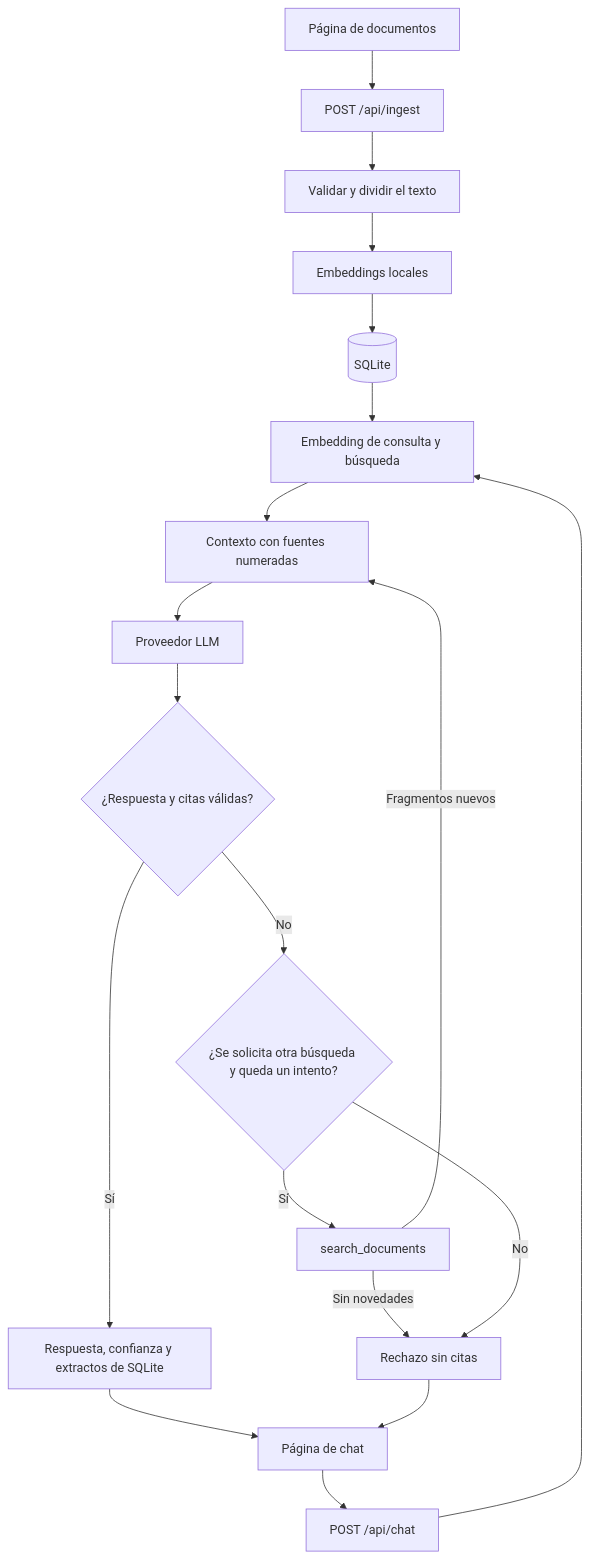
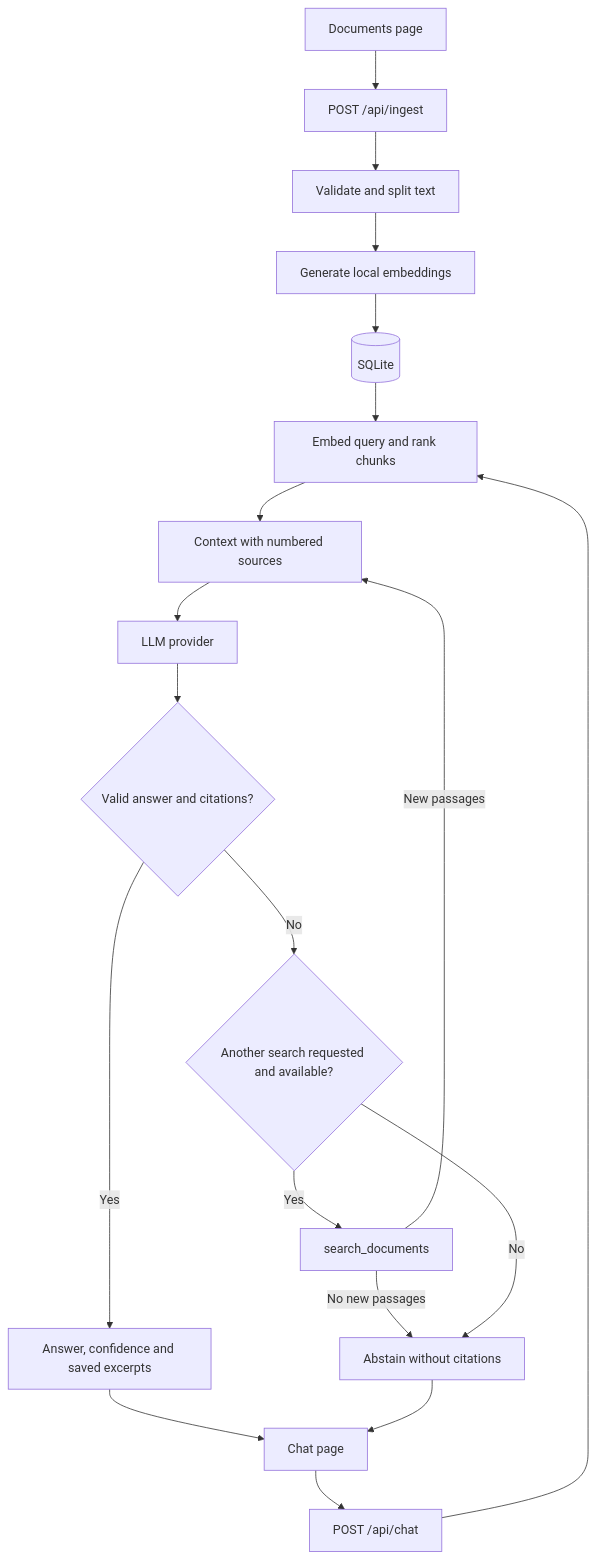
The diagram in docs/ARCHITECTURE.md (AkaAlexander/rag-chat), drawn with Mermaid before and after one commit. The commit also changed other lines of this file and 14 other files, not shown here.

````diff
--- a/docs/ARCHITECTURE.md
+++ b/docs/ARCHITECTURE.md
@@ -5,21 +5,21 @@
 ```mermaid
 flowchart TD
-    File["Página de documentos"] --> Upload["POST /api/ingest"]
-    Upload --> Validate["Validar y dividir el texto"]
-    Validate --> Encode["Embeddings locales"]
+    File["Documents page"] --> Upload["POST /api/ingest"]
+    Upload --> Validate["Validate and split text"]
+    Validate --> Encode["Generate local embeddings"]
     Encode --> DB[("SQLite")]
-    Chat["Página de chat"] --> API["POST /api/chat"]
-    API --> Search["Embedding de consulta y búsqueda"]
+    Chat["Chat page"] --> API["POST /api/chat"]
+    API --> Search["Embed query and rank chunks"]
     DB --> Search
-    Search --> Context["Contexto con fuentes numeradas"]
-    Context --> Model["Proveedor LLM"]
-    Model --> Check{"¿Respuesta y citas válidas?"}
-    Check -->|Sí| Return["Respuesta, confianza y extractos de SQLite"]
-    Check -->|No| Retry{"¿Se solicita otra búsqueda y queda un intento?"}
-    Retry -->|Sí| Tool["search_documents"]
-    Tool -->|Fragmentos nuevos| Context
-    Tool -->|Sin novedades| Refuse["Rechazo sin citas"]
+    Search --> Context["Context with numbered sources"]
+    Context --> Model["LLM provider"]
+    Model --> Check{"Valid answer and citations?"}
+    Check -->|Yes| Return["Answer, confidence and saved excerpts"]
+    Check -->|No| Retry{"Another search requested and available?"}
+    Retry -->|Yes| Tool["search_documents"]
+    Tool -->|New passages| Context
+    Tool -->|No new passages| Refuse["Abstain without citations"]
     Retry -->|No| Refuse
     Return --> Chat
     Refuse --> Chat
 ```
````
